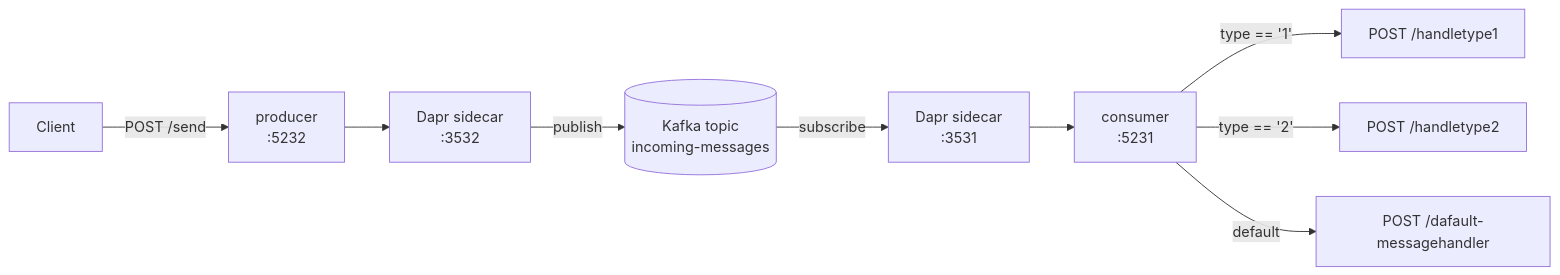
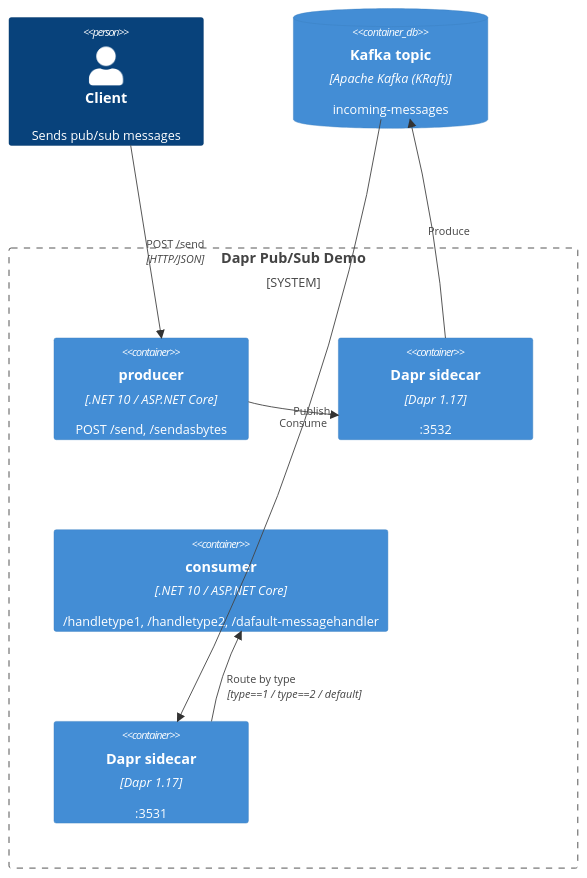
Before and after one commit to AndriyKalashnykov/dapr-dotnet-pub-sub: the diagram in README.md, drawn with Mermaid. The commit also changed other lines of this file and 6 other files, not shown here.

````diff
--- a/README.md
+++ b/README.md
@@ -29,21 +10,19 @@
 ```mermaid
-graph LR
-    client[Client]
-    producer[producer<br/>:5232]
-    producerDapr[Dapr sidecar<br/>:3532]
-    kafka[(Kafka topic<br/>incoming-messages)]
-    consumerDapr[Dapr sidecar<br/>:3531]
-    consumer[consumer<br/>:5231]
-    h1[POST /handletype1]
-    h2[POST /handletype2]
-    hd[POST /dafault-messagehandler]
+C4Container
+    Person(client, "Client", "Sends pub/sub messages")
 
-    client -->|POST /send| producer
-    producer --> producerDapr
-    producerDapr -->|publish| kafka
-    kafka -->|subscribe| consumerDapr
-    consumerDapr --> consumer
-    consumer -->|"type == '1'"| h1
-    consumer -->|"type == '2'"| h2
-    consumer -->|default| hd
+    System_Boundary(app, "Dapr Pub/Sub Demo") {
+        Container(producer, "producer", ".NET 10 / ASP.NET Core", "POST /send, /sendasbytes")
+        Container(producerDapr, "Dapr sidecar", "Dapr 1.17", ":3532")
+        Container(consumer, "consumer", ".NET 10 / ASP.NET Core", "/handletype1, /handletype2, /dafault-messagehandler")
+        Container(consumerDapr, "Dapr sidecar", "Dapr 1.17", ":3531")
+    }
+
+    ContainerDb(kafka, "Kafka topic", "Apache Kafka (KRaft)", "incoming-messages")
+
+    Rel(client, producer, "POST /send", "HTTP/JSON")
+    Rel(producer, producerDapr, "Publish")
+    Rel(producerDapr, kafka, "Produce")
+    Rel(kafka, consumerDapr, "Consume")
+    Rel(consumerDapr, consumer, "Route by type", "type==1 / type==2 / default")
 ```
````
